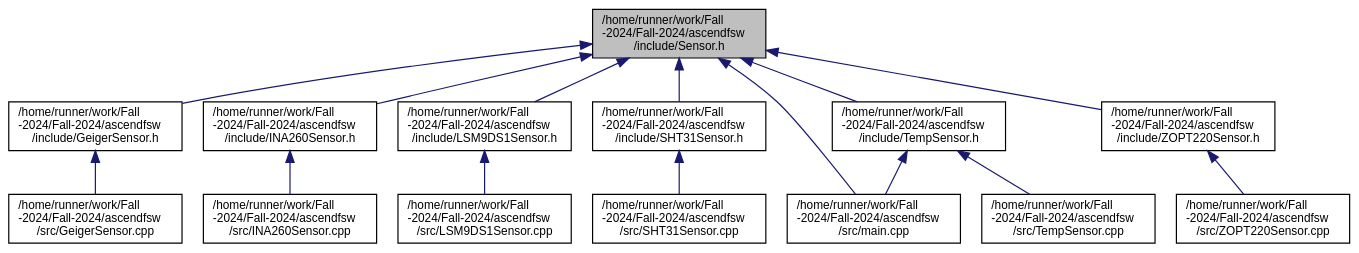
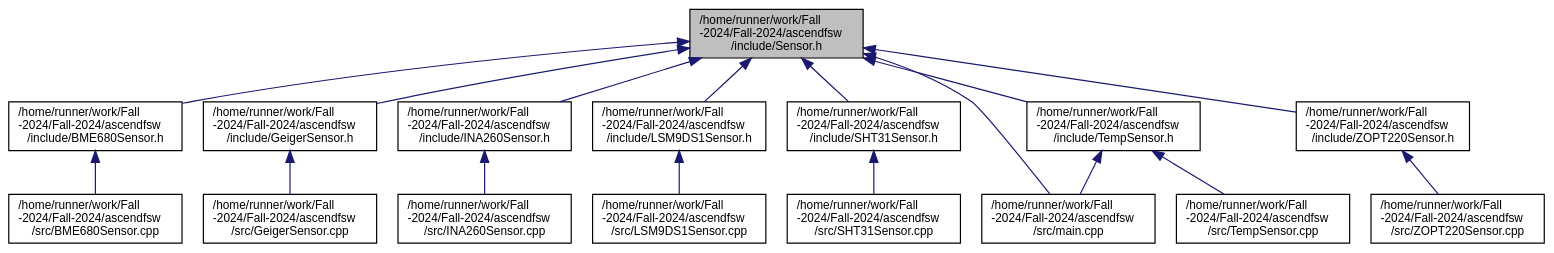
One commit to ASU-ASCEND/Fall-2024 changed the diagram in docs/Sensor_8h__dep__incl.dot. Above: the diagram before and after it, drawn with Graphviz. The commit also changed 89 other files, not shown here.

```diff
--- a/docs/Sensor_8h__dep__incl.dot
+++ b/docs/Sensor_8h__dep__incl.dot
@@ -1,36 +1,40 @@
 digraph "/home/runner/work/Fall-2024/Fall-2024/ascendfsw/include/Sensor.h"
 {
  // INTERACTIVE_SVG=YES
  // LATEX_PDF_SIZE
   bgcolor="transparent";
   edge [fontname="Helvetica",fontsize="10",labelfontname="Helvetica",labelfontsize="10"];
   node [fontname="Helvetica",fontsize="10",shape=record];
   Node1 [label="/home/runner/work/Fall\l-2024/Fall-2024/ascendfsw\l/include/Sensor.h",height=0.2,width=0.4,color="black", fillcolor="grey75", style="filled", fontcolor="black",tooltip=" "];
   Node1 -> Node2 [dir="back",color="midnightblue",fontsize="10",style="solid",fontname="Helvetica"];
-  Node2 [label="/home/runner/work/Fall\l-2024/Fall-2024/ascendfsw\l/include/GeigerSensor.h",height=0.2,width=0.4,color="black",URL="$GeigerSensor_8h.html",tooltip=" "];
+  Node2 [label="/home/runner/work/Fall\l-2024/Fall-2024/ascendfsw\l/include/BME680Sensor.h",height=0.2,width=0.4,color="black",URL="$BME680Sensor_8h.html",tooltip=" "];
   Node2 -> Node3 [dir="back",color="midnightblue",fontsize="10",style="solid",fontname="Helvetica"];
-  Node3 [label="/home/runner/work/Fall\l-2024/Fall-2024/ascendfsw\l/src/GeigerSensor.cpp",height=0.2,width=0.4,color="black",URL="$GeigerSensor_8cpp.html",tooltip=" "];
+  Node3 [label="/home/runner/work/Fall\l-2024/Fall-2024/ascendfsw\l/src/BME680Sensor.cpp",height=0.2,width=0.4,color="black",URL="$BME680Sensor_8cpp.html",tooltip=" "];
   Node1 -> Node4 [dir="back",color="midnightblue",fontsize="10",style="solid",fontname="Helvetica"];
-  Node4 [label="/home/runner/work/Fall\l-2024/Fall-2024/ascendfsw\l/include/INA260Sensor.h",height=0.2,width=0.4,color="black",URL="$INA260Sensor_8h.html",tooltip=" "];
+  Node4 [label="/home/runner/work/Fall\l-2024/Fall-2024/ascendfsw\l/include/GeigerSensor.h",height=0.2,width=0.4,color="black",URL="$GeigerSensor_8h.html",tooltip=" "];
   Node4 -> Node5 [dir="back",color="midnightblue",fontsize="10",style="solid",fontname="Helvetica"];
-  Node5 [label="/home/runner/work/Fall\l-2024/Fall-2024/ascendfsw\l/src/INA260Sensor.cpp",height=0.2,width=0.4,color="black",URL="$INA260Sensor_8cpp.html",tooltip=" "];
+  Node5 [label="/home/runner/work/Fall\l-2024/Fall-2024/ascendfsw\l/src/GeigerSensor.cpp",height=0.2,width=0.4,color="black",URL="$GeigerSensor_8cpp.html",tooltip=" "];
   Node1 -> Node6 [dir="back",color="midnightblue",fontsize="10",style="solid",fontname="Helvetica"];
-  Node6 [label="/home/runner/work/Fall\l-2024/Fall-2024/ascendfsw\l/include/LSM9DS1Sensor.h",height=0.2,width=0.4,color="black",URL="$LSM9DS1Sensor_8h.html",tooltip=" "];
+  Node6 [label="/home/runner/work/Fall\l-2024/Fall-2024/ascendfsw\l/include/INA260Sensor.h",height=0.2,width=0.4,color="black",URL="$INA260Sensor_8h.html",tooltip=" "];
   Node6 -> Node7 [dir="back",color="midnightblue",fontsize="10",style="solid",fontname="Helvetica"];
-  Node7 [label="/home/runner/work/Fall\l-2024/Fall-2024/ascendfsw\l/src/LSM9DS1Sensor.cpp",height=0.2,width=0.4,color="black",URL="$LSM9DS1Sensor_8cpp.html",tooltip=" "];
+  Node7 [label="/home/runner/work/Fall\l-2024/Fall-2024/ascendfsw\l/src/INA260Sensor.cpp",height=0.2,width=0.4,color="black",URL="$INA260Sensor_8cpp.html",tooltip=" "];
   Node1 -> Node8 [dir="back",color="midnightblue",fontsize="10",style="solid",fontname="Helvetica"];
-  Node8 [label="/home/runner/work/Fall\l-2024/Fall-2024/ascendfsw\l/include/SHT31Sensor.h",height=0.2,width=0.4,color="black",URL="$SHT31Sensor_8h.html",tooltip=" "];
+  Node8 [label="/home/runner/work/Fall\l-2024/Fall-2024/ascendfsw\l/include/LSM9DS1Sensor.h",height=0.2,width=0.4,color="black",URL="$LSM9DS1Sensor_8h.html",tooltip=" "];
   Node8 -> Node9 [dir="back",color="midnightblue",fontsize="10",style="solid",fontname="Helvetica"];
-  Node9 [label="/home/runner/work/Fall\l-2024/Fall-2024/ascendfsw\l/src/SHT31Sensor.cpp",height=0.2,width=0.4,color="black",URL="$SHT31Sensor_8cpp.html",tooltip=" "];
+  Node9 [label="/home/runner/work/Fall\l-2024/Fall-2024/ascendfsw\l/src/LSM9DS1Sensor.cpp",height=0.2,width=0.4,color="black",URL="$LSM9DS1Sensor_8cpp.html",tooltip=" "];
   Node1 -> Node10 [dir="back",color="midnightblue",fontsize="10",style="solid",fontname="Helvetica"];
-  Node10 [label="/home/runner/work/Fall\l-2024/Fall-2024/ascendfsw\l/include/TempSensor.h",height=0.2,width=0.4,color="black",URL="$TempSensor_8h.html",tooltip=" "];
+  Node10 [label="/home/runner/work/Fall\l-2024/Fall-2024/ascendfsw\l/include/SHT31Sensor.h",height=0.2,width=0.4,color="black",URL="$SHT31Sensor_8h.html",tooltip=" "];
   Node10 -> Node11 [dir="back",color="midnightblue",fontsize="10",style="solid",fontname="Helvetica"];
-  Node11 [label="/home/runner/work/Fall\l-2024/Fall-2024/ascendfsw\l/src/main.cpp",height=0.2,width=0.4,color="black",URL="$main_8cpp.html",tooltip=" "];
-  Node10 -> Node12 [dir="back",color="midnightblue",fontsize="10",style="solid",fontname="Helvetica"];
-  Node12 [label="/home/runner/work/Fall\l-2024/Fall-2024/ascendfsw\l/src/TempSensor.cpp",height=0.2,width=0.4,color="black",URL="$TempSensor_8cpp.html",tooltip=" "];
+  Node11 [label="/home/runner/work/Fall\l-2024/Fall-2024/ascendfsw\l/src/SHT31Sensor.cpp",height=0.2,width=0.4,color="black",URL="$SHT31Sensor_8cpp.html",tooltip=" "];
+  Node1 -> Node12 [dir="back",color="midnightblue",fontsize="10",style="solid",fontname="Helvetica"];
+  Node12 [label="/home/runner/work/Fall\l-2024/Fall-2024/ascendfsw\l/include/TempSensor.h",height=0.2,width=0.4,color="black",URL="$TempSensor_8h.html",tooltip=" "];
+  Node12 -> Node13 [dir="back",color="midnightblue",fontsize="10",style="solid",fontname="Helvetica"];
+  Node13 [label="/home/runner/work/Fall\l-2024/Fall-2024/ascendfsw\l/src/main.cpp",height=0.2,width=0.4,color="black",URL="$main_8cpp.html",tooltip=" "];
+  Node12 -> Node14 [dir="back",color="midnightblue",fontsize="10",style="solid",fontname="Helvetica"];
+  Node14 [label="/home/runner/work/Fall\l-2024/Fall-2024/ascendfsw\l/src/TempSensor.cpp",height=0.2,width=0.4,color="black",URL="$TempSensor_8cpp.html",tooltip=" "];
+  Node1 -> Node15 [dir="back",color="midnightblue",fontsize="10",style="solid",fontname="Helvetica"];
+  Node15 [label="/home/runner/work/Fall\l-2024/Fall-2024/ascendfsw\l/include/ZOPT220Sensor.h",height=0.2,width=0.4,color="black",URL="$ZOPT220Sensor_8h.html",tooltip=" "];
+  Node15 -> Node16 [dir="back",color="midnightblue",fontsize="10",style="solid",fontname="Helvetica"];
+  Node16 [label="/home/runner/work/Fall\l-2024/Fall-2024/ascendfsw\l/src/ZOPT220Sensor.cpp",height=0.2,width=0.4,color="black",URL="$ZOPT220Sensor_8cpp.html",tooltip=" "];
   Node1 -> Node13 [dir="back",color="midnightblue",fontsize="10",style="solid",fontname="Helvetica"];
-  Node13 [label="/home/runner/work/Fall\l-2024/Fall-2024/ascendfsw\l/include/ZOPT220Sensor.h",height=0.2,width=0.4,color="black",URL="$ZOPT220Sensor_8h.html",tooltip=" "];
-  Node13 -> Node14 [dir="back",color="midnightblue",fontsize="10",style="solid",fontname="Helvetica"];
-  Node14 [label="/home/runner/work/Fall\l-2024/Fall-2024/ascendfsw\l/src/ZOPT220Sensor.cpp",height=0.2,width=0.4,color="black",URL="$ZOPT220Sensor_8cpp.html",tooltip=" "];
-  Node1 -> Node11 [dir="back",color="midnightblue",fontsize="10",style="solid",fontname="Helvetica"];
 }
```
